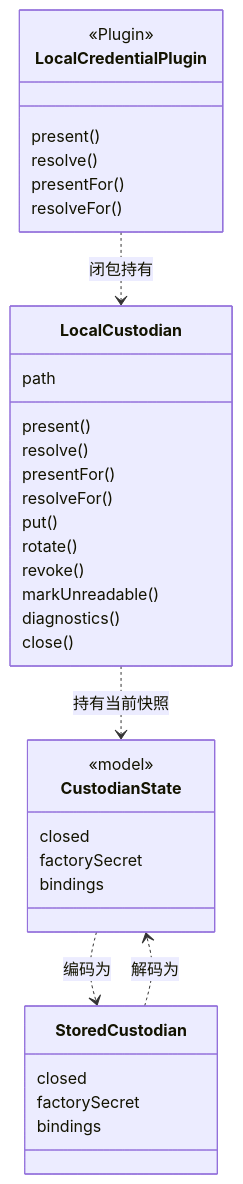
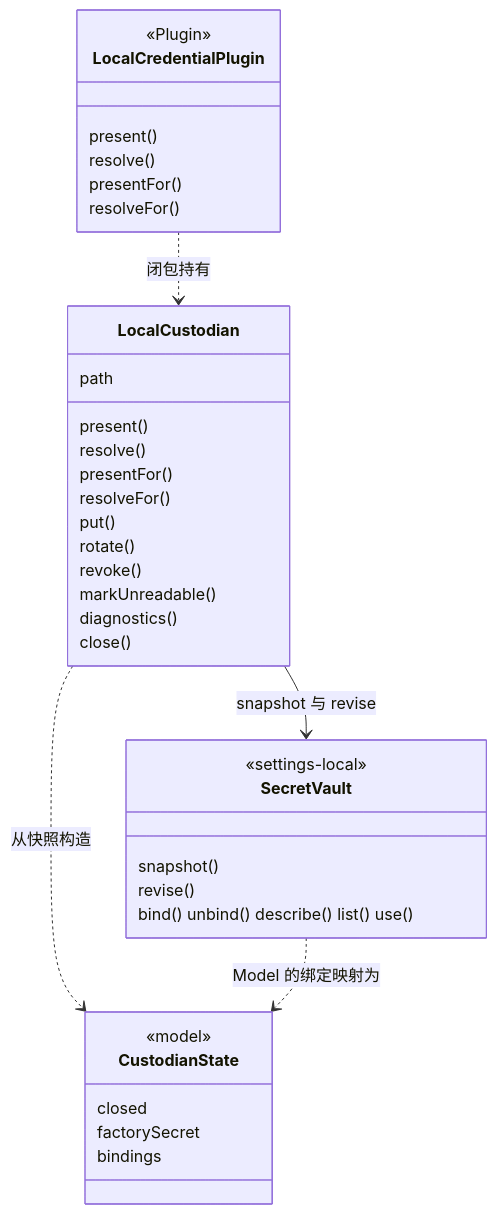
One commit to nemori-ai/omne-harness-lite changed the first of 2 diagrams in packages/model/model-host-local/docs/object-model.md. Above: the diagram before and after it, drawn with Mermaid. The commit also changed other lines of this file and 56 other files, not shown here.

First line of the commit message:
feat(settings): 秘密保管迁入 settings-local，Model 凭据与 harness-server 改用新入口（web-meta-tool 切片 01）

````diff
--- a/packages/model/model-host-local/docs/object-model.md
+++ b/packages/model/model-host-local/docs/object-model.md
@@ -7,38 +7,39 @@
 ```mermaid
 classDiagram
   class LocalCustodian {
     path
     present()
     resolve()
     presentFor()
     resolveFor()
     put()
     rotate()
     revoke()
     markUnreadable()
     diagnostics()
     close()
   }
   class CustodianState {
     <<model>>
     closed
     factorySecret
     bindings
   }
-  class StoredCustodian {
-    closed
-    factorySecret
-    bindings
+  class SecretVault {
+    <<settings-local>>
+    snapshot()
+    revise()
+    bind() unbind() describe() list() use()
   }
   class LocalCredentialPlugin {
     <<Plugin>>
     present()
     resolve()
     presentFor()
     resolveFor()
   }
-  LocalCustodian ..> CustodianState : 持有当前快照
-  CustodianState ..> StoredCustodian : 编码为
-  StoredCustodian ..> CustodianState : 解码为
+  LocalCustodian ..> CustodianState : 从快照构造
+  LocalCustodian --> SecretVault : snapshot 与 revise
+  SecretVault ..> CustodianState : Model 的绑定映射为
   LocalCredentialPlugin ..> LocalCustodian : 闭包持有
 ```
````
